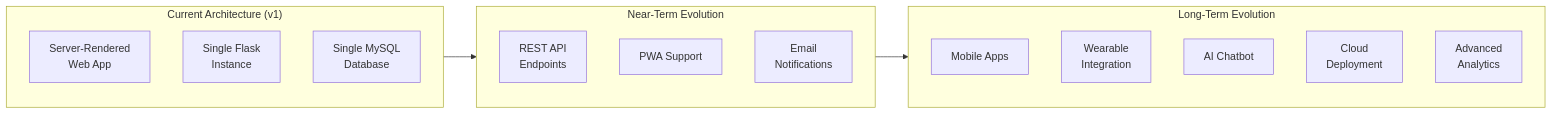
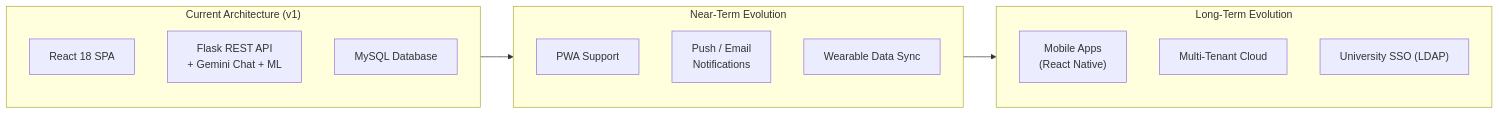
Diagram 21 of 21 in ARCHITECTURE.md (goxxie08/Wellvia), drawn with Mermaid before and after one commit. The commit also changed other lines of this file and 2 other files, not shown here.

````diff
--- a/ARCHITECTURE.md
+++ b/ARCHITECTURE.md
@@ -1550,24 +1578,22 @@
 ```mermaid
 flowchart LR
     subgraph Current["Current Architecture (v1)"]
-        C1["Server-Rendered<br/>Web App"]
-        C2["Single Flask<br/>Instance"]
-        C3["Single MySQL<br/>Database"]
+        C1["React 18 SPA"]
+        C2["Flask REST API<br/>+ Gemini Chat + ML"]
+        C3["MySQL Database"]
     end
 
     subgraph Near["Near-Term Evolution"]
-        N1["REST API<br/>Endpoints"]
-        N2["PWA Support"]
-        N3["Email<br/>Notifications"]
+        N1["PWA Support"]
+        N2["Push / Email<br/>Notifications"]
+        N3["Wearable Data Sync"]
     end
 
     subgraph Future["Long-Term Evolution"]
-        F1["Mobile Apps"]
-        F2["Wearable<br/>Integration"]
-        F3["AI Chatbot"]
-        F4["Cloud<br/>Deployment"]
-        F5["Advanced<br/>Analytics"]
+        F1["Mobile Apps<br/>(React Native)"]
+        F2["Multi-Tenant Cloud"]
+        F3["University SSO (LDAP)"]
     end
 
     Current --> Near --> Future
 ```
````
